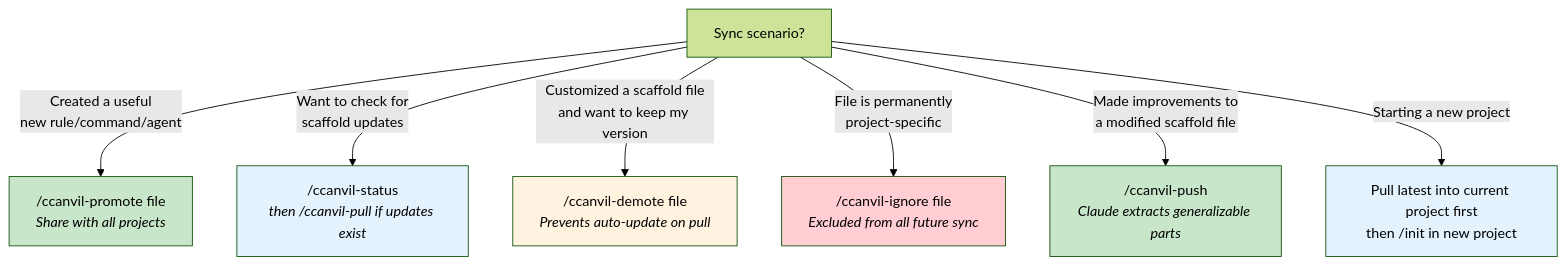
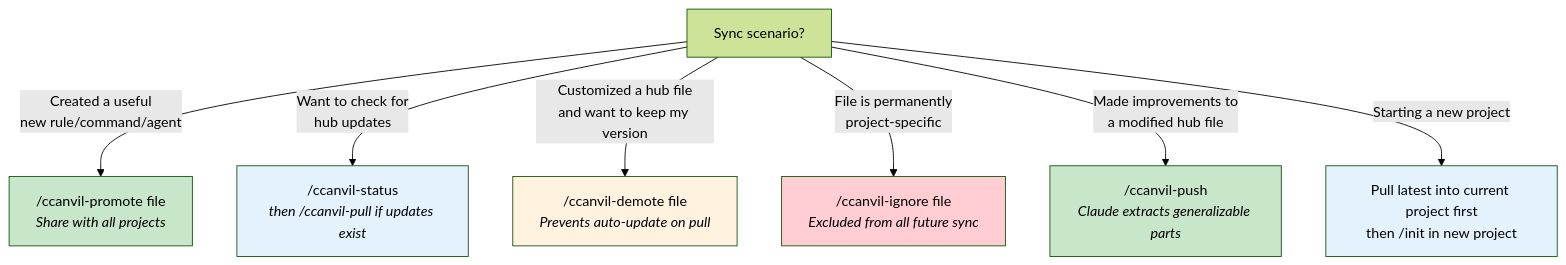
One commit to goldhaxx/fucina changed the third of 3 diagrams in .ccanvil/guide/decision-guide.md. Above: the diagram before and after it, drawn with Mermaid (forest theme). The commit also changed other lines of this file and 44 other files, not shown here.

First line of the commit message:
refactor: eradicate scaffold terminology — pull from updated hub

````diff
--- a/.ccanvil/guide/decision-guide.md
+++ b/.ccanvil/guide/decision-guide.md
@@ -46,18 +46,18 @@
 ```mermaid
 flowchart TD
     Q["Sync scenario?"]
 
     Q -->|"Created a useful<br/>new rule/command/agent"| PROMOTE["/ccanvil-promote file<br/><i>Share with all projects</i>"]
-    Q -->|"Want to check for<br/>scaffold updates"| STATUS["/ccanvil-status<br/><i>then /ccanvil-pull if updates exist</i>"]
-    Q -->|"Customized a scaffold file<br/>and want to keep my version"| DEMOTE["/ccanvil-demote file<br/><i>Prevents auto-update on pull</i>"]
+    Q -->|"Want to check for<br/>hub updates"| STATUS["/ccanvil-status<br/><i>then /ccanvil-pull if updates exist</i>"]
+    Q -->|"Customized a hub file<br/>and want to keep my version"| DEMOTE["/ccanvil-demote file<br/><i>Prevents auto-update on pull</i>"]
     Q -->|"File is permanently<br/>project-specific"| IGNORE["/ccanvil-ignore file<br/><i>Excluded from all future sync</i>"]
-    Q -->|"Made improvements to<br/>a modified scaffold file"| PUSH["/ccanvil-push<br/><i>Claude extracts generalizable parts</i>"]
+    Q -->|"Made improvements to<br/>a modified hub file"| PUSH["/ccanvil-push<br/><i>Claude extracts generalizable parts</i>"]
     Q -->|"Starting a new project"| PULL["Pull latest into current project first<br/>then /init in new project"]
 
     style PROMOTE fill:#c8e6c9
     style STATUS fill:#e3f2fd
     style DEMOTE fill:#fff3e0
     style IGNORE fill:#ffcdd2
     style PUSH fill:#c8e6c9
     style PULL fill:#e3f2fd
 ```
````
